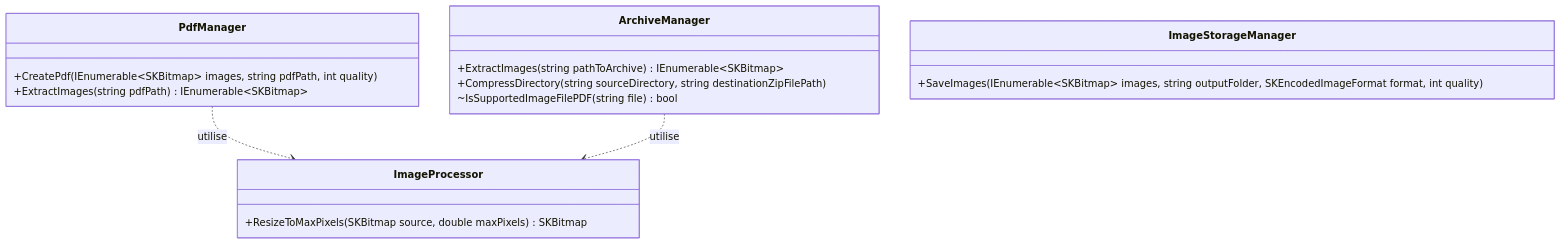
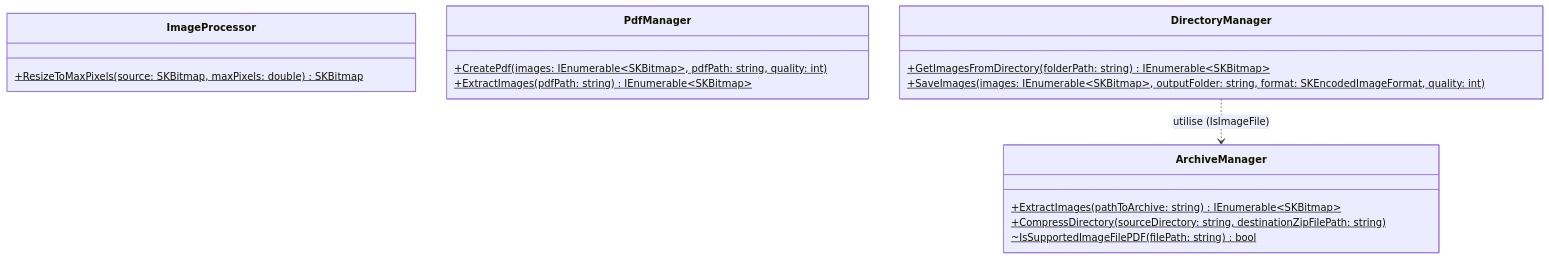
Before and after one commit to Hoferlukaslh/ScholarLog: the diagram in PoC/CBZ/README.md, drawn with Mermaid.

Commit message:
Refonte complette de ScanHandler

````diff
--- a/PoC/CBZ/README.md
+++ b/PoC/CBZ/README.md
@@ -9,32 +9,31 @@
 ``` mermaid
 classDiagram
 
   class ImageProcessor {
     %% Responsabilité : Manipulation d'images en mémoire %%
-    +ResizeToMaxPixels(SKBitmap source, double maxPixels) SKBitmap
+    +ResizeToMaxPixels(source: SKBitmap, maxPixels: double) SKBitmap$
   }
 
   class PdfManager {
     %% Responsabilité : Génération et lecture de PDF %%
-    +CreatePdf(IEnumerable~SKBitmap~ images, string pdfPath, int quality)
-    +ExtractImages(string pdfPath) IEnumerable~SKBitmap~
+    +CreatePdf(images: IEnumerable~SKBitmap~, pdfPath: string, quality: int)$
+    +ExtractImages(pdfPath: string) IEnumerable~SKBitmap~$
   }
 
   class ArchiveManager {
     %% Responsabilité : Manipulation de fichiers compressés %%
-    +ExtractImages(string pathToArchive) IEnumerable~SKBitmap~
-    +CompressDirectory(string sourceDirectory, string destinationZipFilePath)
-    ~IsSupportedImageFilePDF(string file) bool
+    +ExtractImages(pathToArchive: string) IEnumerable~SKBitmap~$
+    +CompressDirectory(sourceDirectory: string, destinationZipFilePath: string)$
+    ~IsSupportedImageFilePDF(filePath: string) bool$
   }
 
-  class ImageStorageManager {
-    %% Responsabilité : Sauvegarde physique des fichiers %%
-    +SaveImages(IEnumerable~SKBitmap~ images, string outputFolder, SKEncodedImageFormat format, int quality)
+  class DirectoryManager {
+    %% Responsabilité : Interactions avec les dossiers classiques %%
+    +GetImagesFromDirectory(folderPath: string) IEnumerable~SKBitmap~$
+    +SaveImages(images: IEnumerable~SKBitmap~, outputFolder: string, format: SKEncodedImageFormat, quality: int)$
   }
 
   %% Relations d'utilisation (dépendances) %%
-  PdfManager ..> ImageProcessor : utilise
-  ArchiveManager ..> ImageProcessor : utilise
-
+  DirectoryManager ..> ArchiveManager : utilise (IsImageFile)
     
 ```
````
